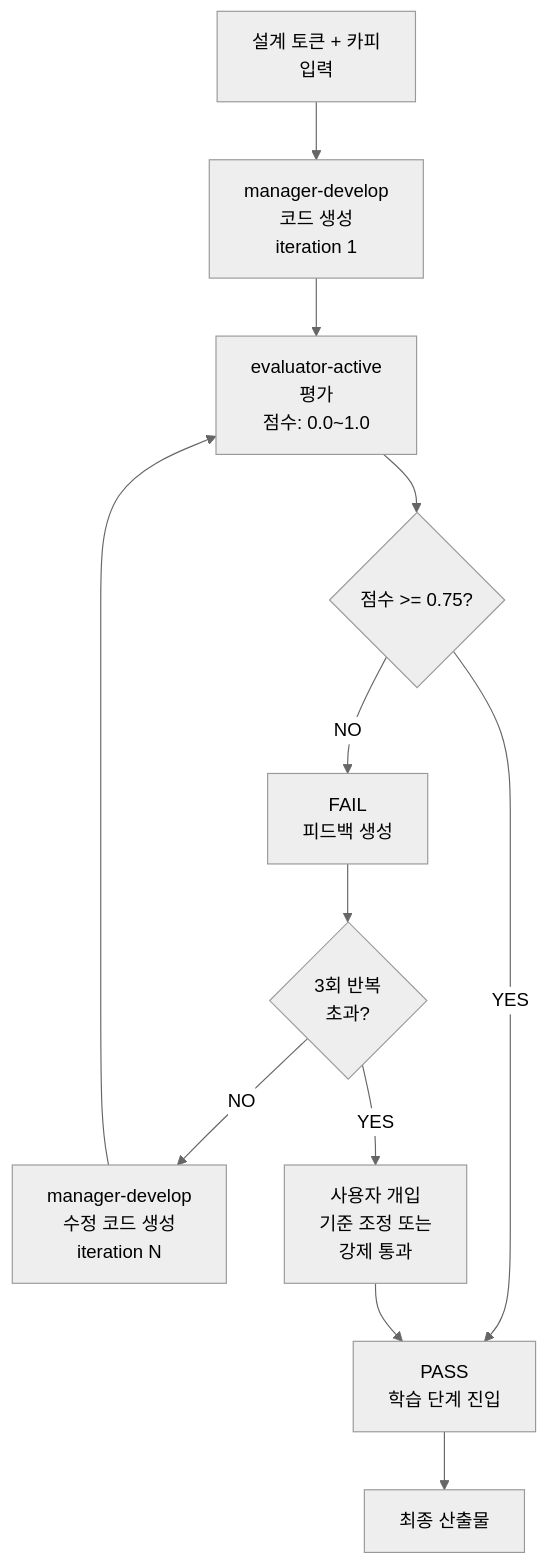
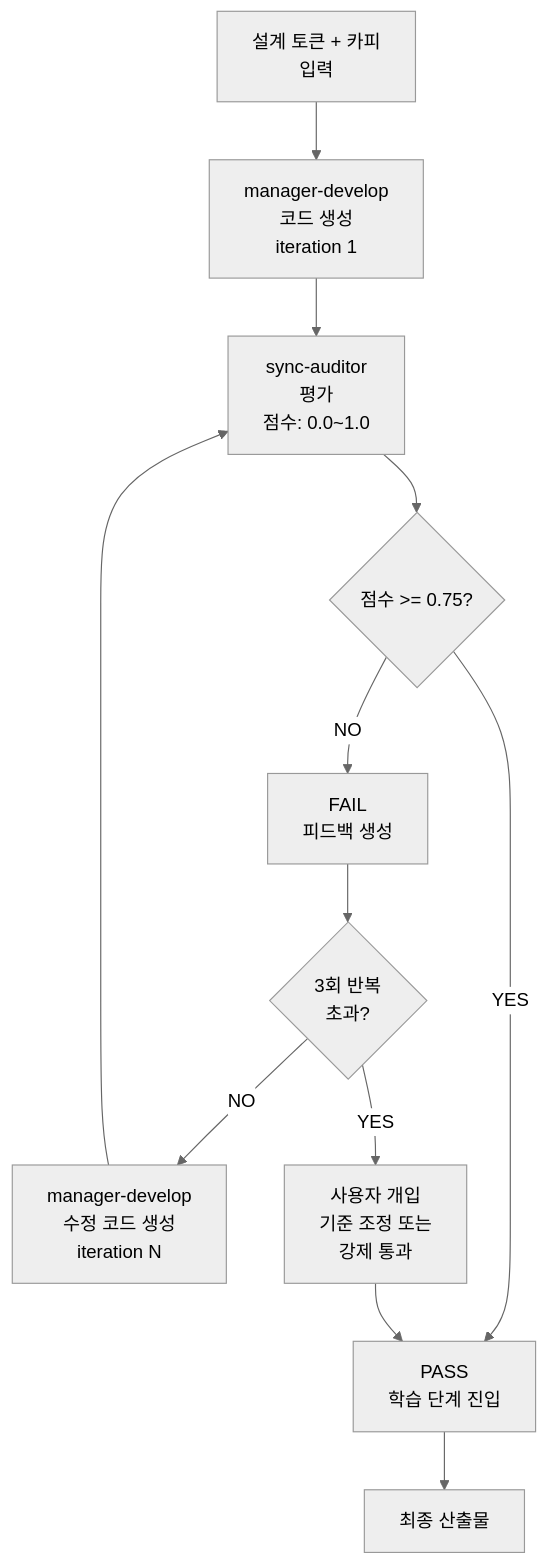
The diagram in docs-site/content/ko/design/gan-loop.md (modu-ai/moai-adk), drawn with Mermaid (neutral theme) before and after one commit. The commit also changed other lines of this file and 149 other files, not shown here.

First line of the commit message:
chore(agents): evaluator-active를 sync-auditor로 rename (plan-auditor phase 대칭)

````diff
--- a/docs-site/content/ko/design/gan-loop.md
+++ b/docs-site/content/ko/design/gan-loop.md
@@ -14,14 +14,14 @@
 ```mermaid
 flowchart TD
     A["설계 토큰 + 카피<br>입력"] --> B["manager-develop<br>코드 생성<br>iteration 1"]
-    B --> C["evaluator-active<br>평가<br>점수: 0.0~1.0"]
+    B --> C["sync-auditor<br>평가<br>점수: 0.0~1.0"]
     C --> D{점수 >= 0.75?}
     D -->|YES| E["PASS<br>학습 단계 진입"]
     D -->|NO| F["FAIL<br>피드백 생성"]
     F --> G{3회 반복<br>초과?}
     G -->|NO| H["manager-develop<br>수정 코드 생성<br>iteration N"]
     H --> C
     G -->|YES| I["사용자 개입<br>기준 조정 또는<br>강제 통과"]
     I --> E
     E --> J["최종 산출물"]
 ```
````
